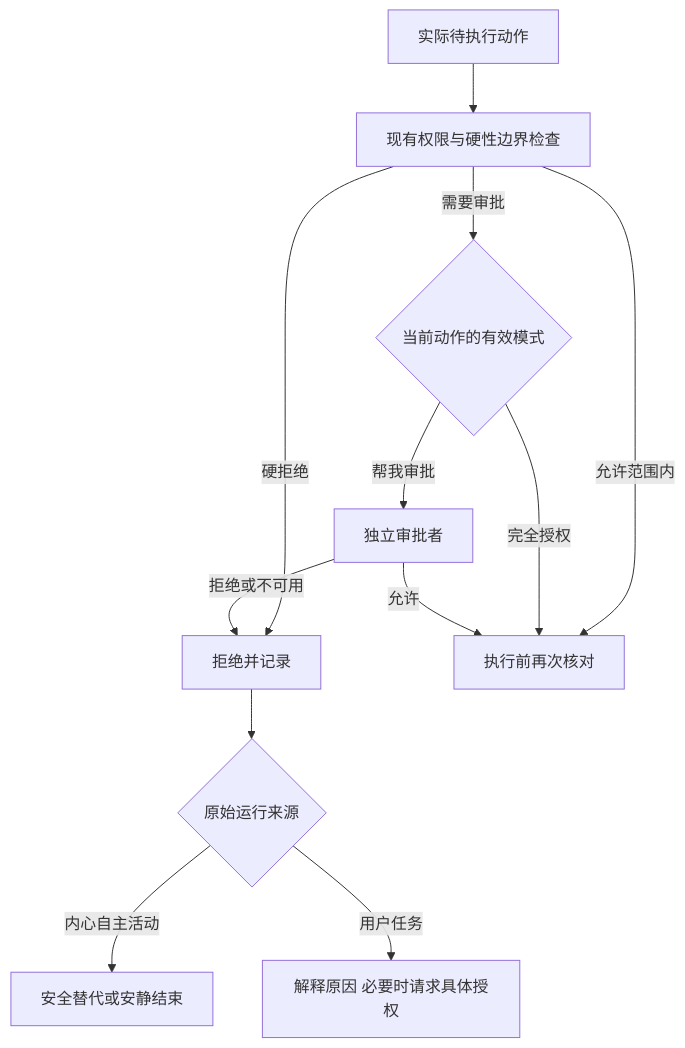
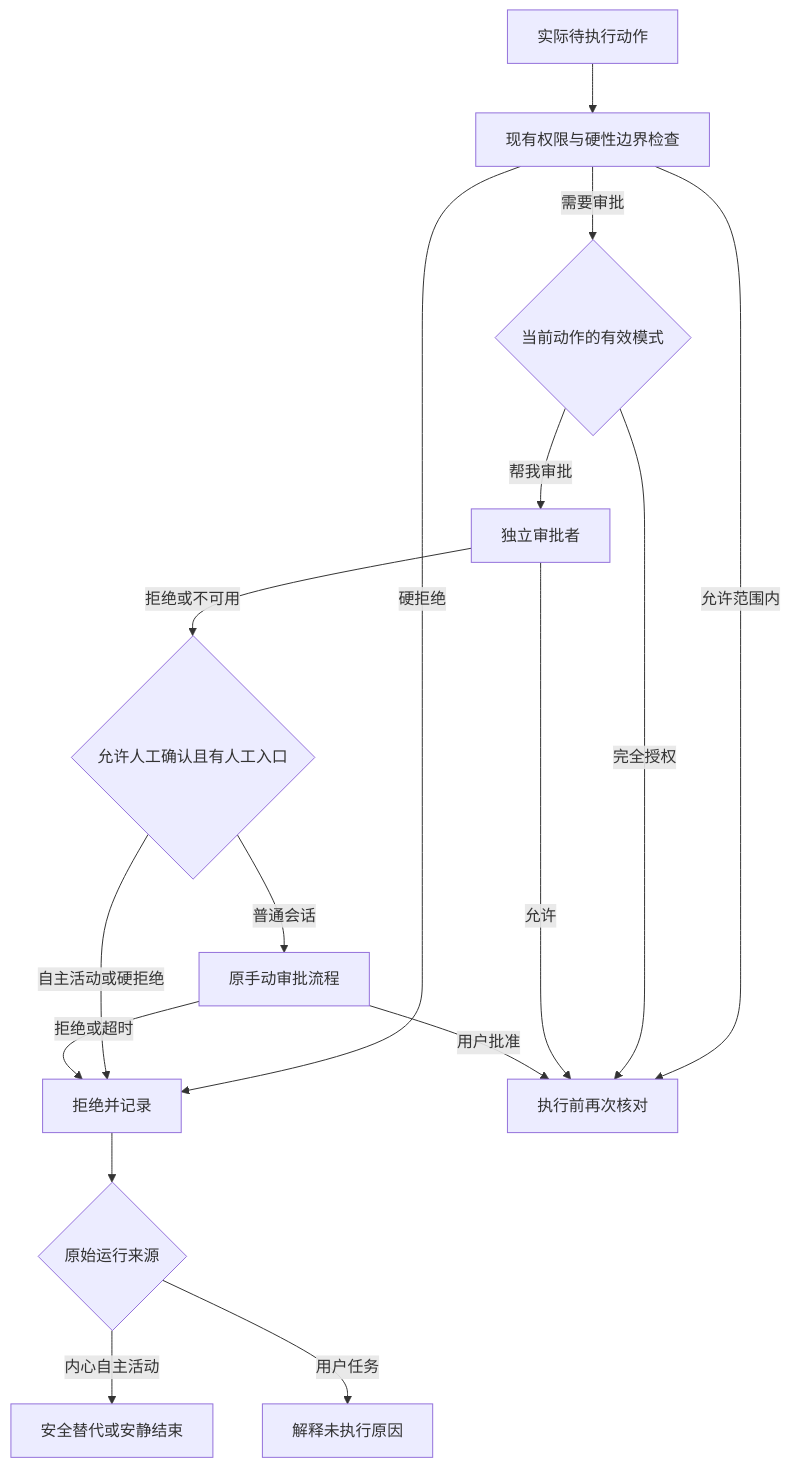
The second of 2 diagrams in docs/requirements/169-autonomous-companionship/design.md (A1m233/agent-friend), drawn with Mermaid before and after one commit. The commit also changed other lines of this file and 17 other files, not shown here.

````diff
--- a/docs/requirements/169-autonomous-companionship/design.md
+++ b/docs/requirements/169-autonomous-companionship/design.md
@@ -204,14 +204,18 @@
 ```mermaid
 flowchart TD
     A[实际待执行动作] --> B[现有权限与硬性边界检查]
     B -->|硬拒绝| X[拒绝并记录]
     B -->|允许范围内| E[执行前再次核对]
     B -->|需要审批| C{当前动作的有效模式}
     C -->|完全授权| E
     C -->|帮我审批| D[独立审批者]
     D -->|允许| E
-    D -->|拒绝或不可用| X
+    D -->|拒绝或不可用| H{允许人工确认且有人工入口}
+    H -->|普通会话| M[原手动审批流程]
+    H -->|自主活动或硬拒绝| X
+    M -->|用户批准| E
+    M -->|拒绝或超时| X
     X --> F{原始运行来源}
     F -->|内心自主活动| G[安全替代或安静结束]
-    F -->|用户任务| H[解释原因 必要时请求具体授权]
+    F -->|用户任务| I[解释未执行原因]
 ```
````
